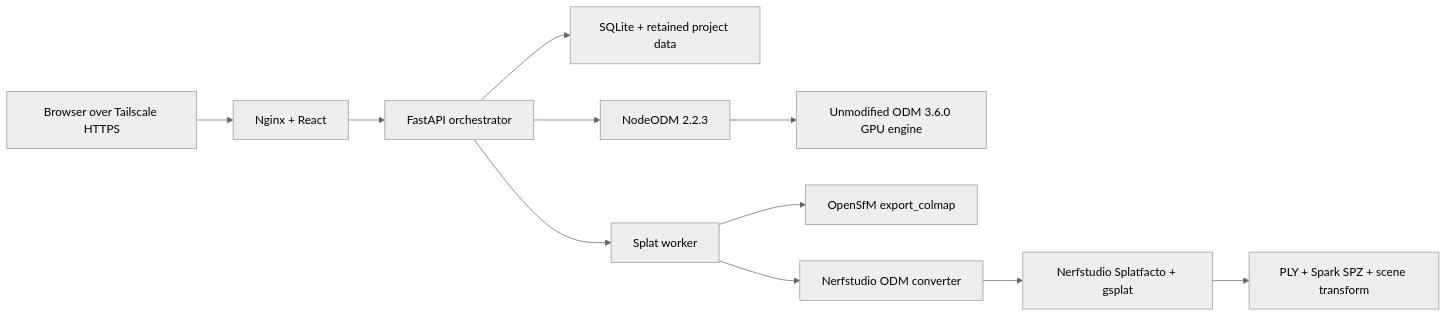
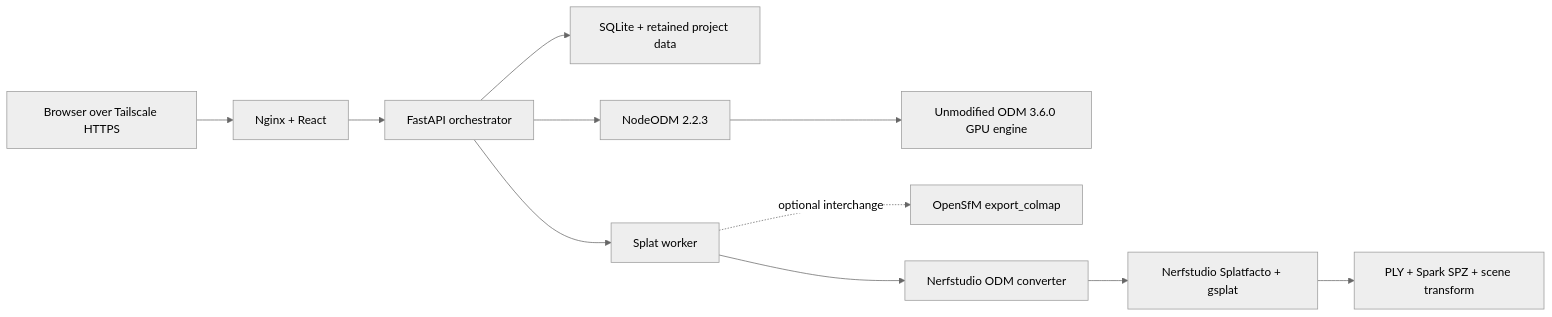
The diagram in README.md (araysuter/3Ddrone), drawn with Mermaid (neutral theme) before and after one commit. The commit also changed other lines of this file and 18 other files, not shown here.

````diff
--- a/README.md
+++ b/README.md
@@ -20,13 +20,13 @@
 ```mermaid
 flowchart LR
     B["Browser over Tailscale HTTPS"] --> N["Nginx + React"]
     N --> A["FastAPI orchestrator"]
     A --> R["SQLite + retained project data"]
     A --> O["NodeODM 2.2.3"]
     O --> M["Unmodified ODM 3.6.0 GPU engine"]
     A --> S["Splat worker"]
-    S --> C["OpenSfM export_colmap"]
+    S -. optional interchange .-> C["OpenSfM export_colmap"]
     S --> V["Nerfstudio ODM converter"]
     V --> G["Nerfstudio Splatfacto + gsplat"]
     G --> P["PLY + Spark SPZ + scene transform"]
 ```
````
